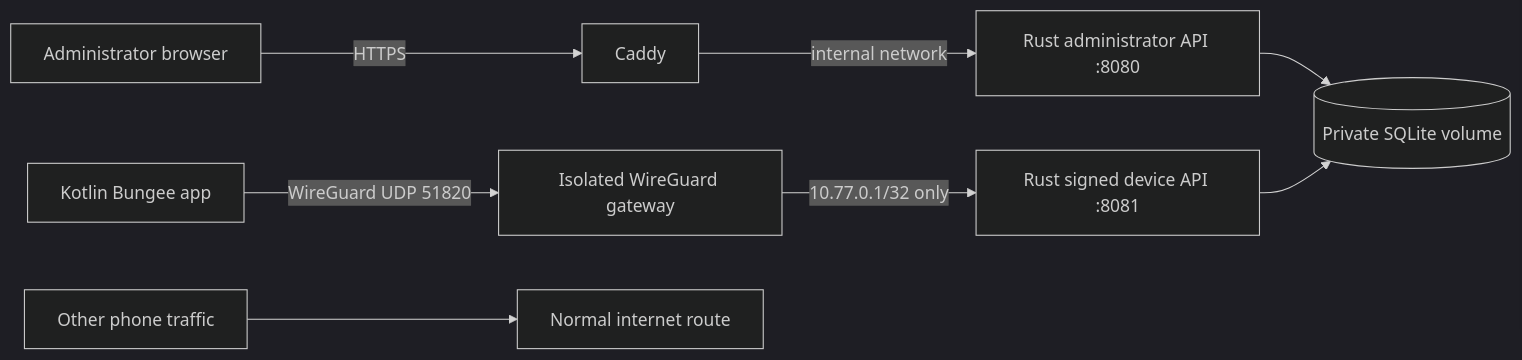
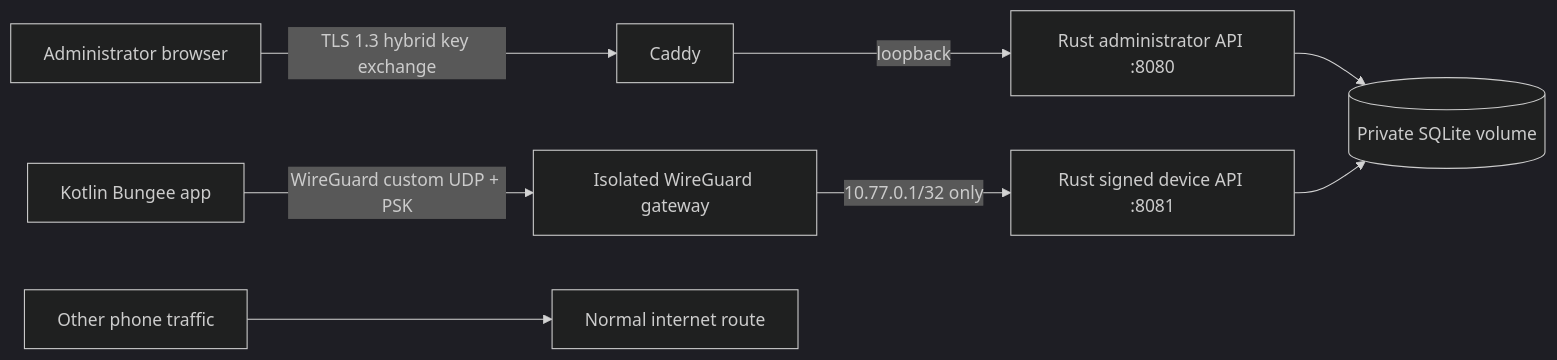
Before and after one commit to argentumseven/bungee: the diagram in docs/SECURITY.md, drawn with Mermaid (dark theme). The commit also changed other lines of this file and 29 other files, not shown here.

````diff
--- a/docs/SECURITY.md
+++ b/docs/SECURITY.md
@@ -9,10 +9,10 @@
 ```mermaid
 flowchart LR
-    Browser[Administrator browser] -->|HTTPS| Caddy
-    Caddy -->|internal network| Admin[Rust administrator API :8080]
-    App[Kotlin Bungee app] -->|WireGuard UDP 51820| Gateway[Isolated WireGuard gateway]
+    Browser[Administrator browser] -->|TLS 1.3 hybrid key exchange| Caddy
+    Caddy -->|loopback| Admin[Rust administrator API :8080]
+    App[Kotlin Bungee app] -->|WireGuard custom UDP + PSK| Gateway[Isolated WireGuard gateway]
     Gateway -->|10.77.0.1/32 only| Device[Rust signed device API :8081]
     Admin --> DB[(Private SQLite volume)]
     Device --> DB
     Other[Other phone traffic] --> Internet[Normal internet route]
 ```
````
